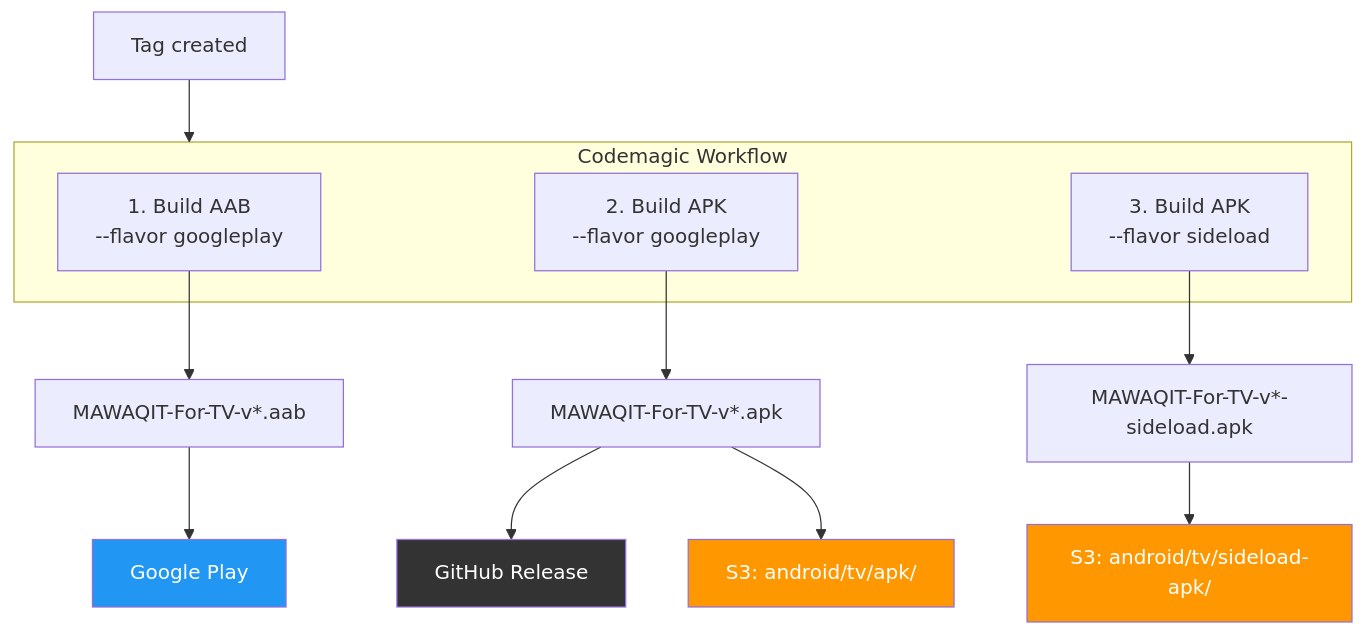
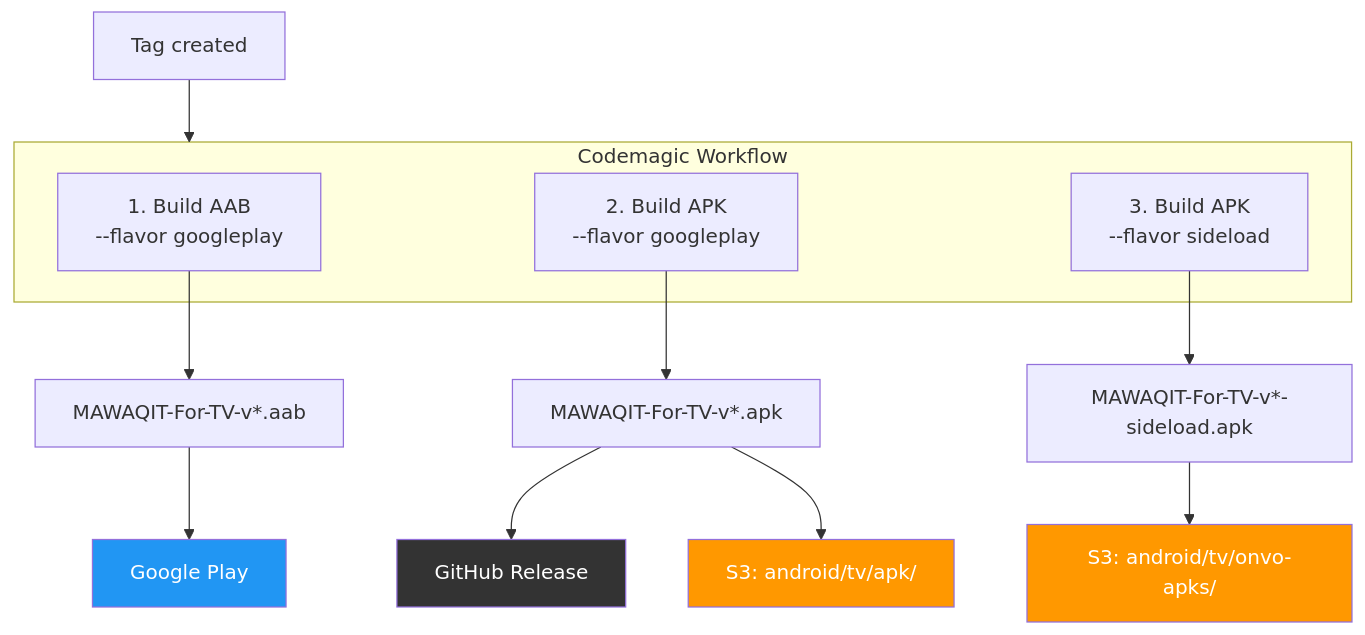
One commit to YassinNouh21/android-tv-app changed the fourth of 4 diagrams in docs/update-logic.md. Above: the diagram before and after it, drawn with Mermaid. The commit also changed other lines of this file and 3 other files, not shown here.

````diff
--- a/docs/update-logic.md
+++ b/docs/update-logic.md
@@ -66,24 +63,24 @@
 ```mermaid
 flowchart TD
     TAG["Tag created"] --> BUILD
 
     subgraph BUILD["Codemagic Workflow"]
         B1["1. Build AAB<br/>--flavor googleplay"]
         B2["2. Build APK<br/>--flavor googleplay"]
         B3["3. Build APK<br/>--flavor sideload"]
     end
 
     B1 --> A1["MAWAQIT-For-TV-v*.aab"]
     B2 --> A2["MAWAQIT-For-TV-v*.apk"]
     B3 --> A3["MAWAQIT-For-TV-v*-sideload.apk"]
 
     A1 --> PLAY["Google Play"]
     A2 --> GITHUB["GitHub Release"]
     A2 --> S3_APK["S3: android/tv/apk/"]
-    A3 --> S3_SIDE["S3: android/tv/sideload-apk/"]
+    A3 --> S3_SIDE["S3: android/tv/onvo-apks/"]
 
     style PLAY fill:#2196F3,color:#fff
     style GITHUB fill:#333,color:#fff
     style S3_APK fill:#FF9800,color:#fff
     style S3_SIDE fill:#FF9800,color:#fff
 ```
````
